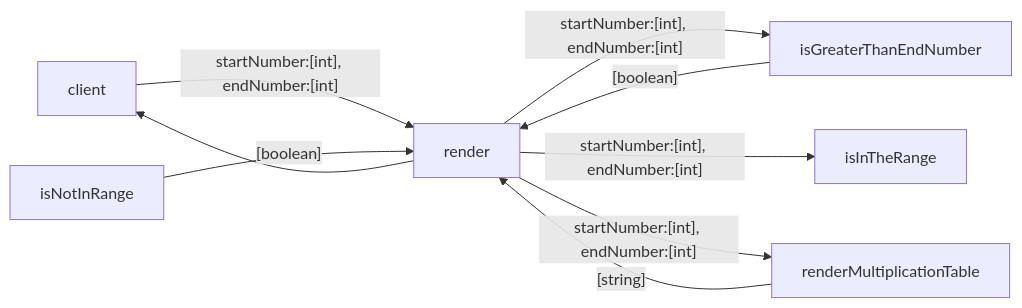
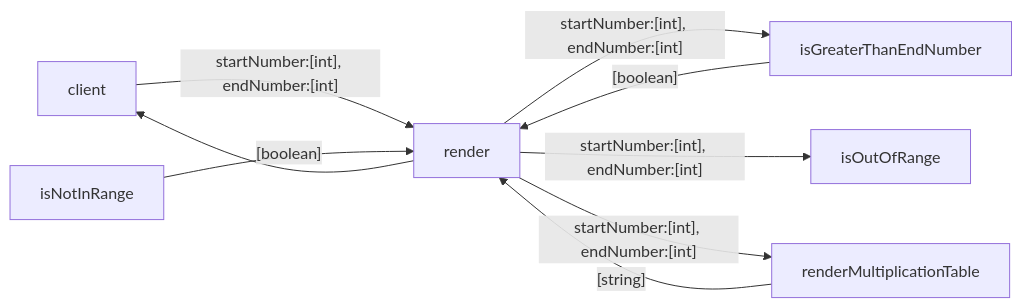
The diagram in README.md (TWA-Agile-Full-Stack-Bootcamp-2022/MultiplicationTable), drawn with Mermaid before and after one commit. The commit also changed other lines of this file and 2 other files, not shown here.

Commit message:
feat: should return true when call isOutOfRange given start number 0 smaller than 1

````diff
--- a/README.md
+++ b/README.md
@@ -34,15 +34,15 @@
 ```mermaid
 graph LR
    client -- "startNumber:[int], endNumber:[int]" --> render
    
    render -- "startNumber:[int], endNumber:[int]" --> isGreaterThanEndNumber
    isGreaterThanEndNumber -- "[boolean]" --> render
    
-   render -- "startNumber:[int], endNumber:[int]" --> isInTheRange
+   render -- "startNumber:[int], endNumber:[int]" --> isOutOfRange
    isNotInRange -- "[boolean]" --> render
    
    render -- "startNumber:[int], endNumber:[int]" --> renderMultiplicationTable
    renderMultiplicationTable -- "[string]" --> render
    render --> client
  
 ```
````
